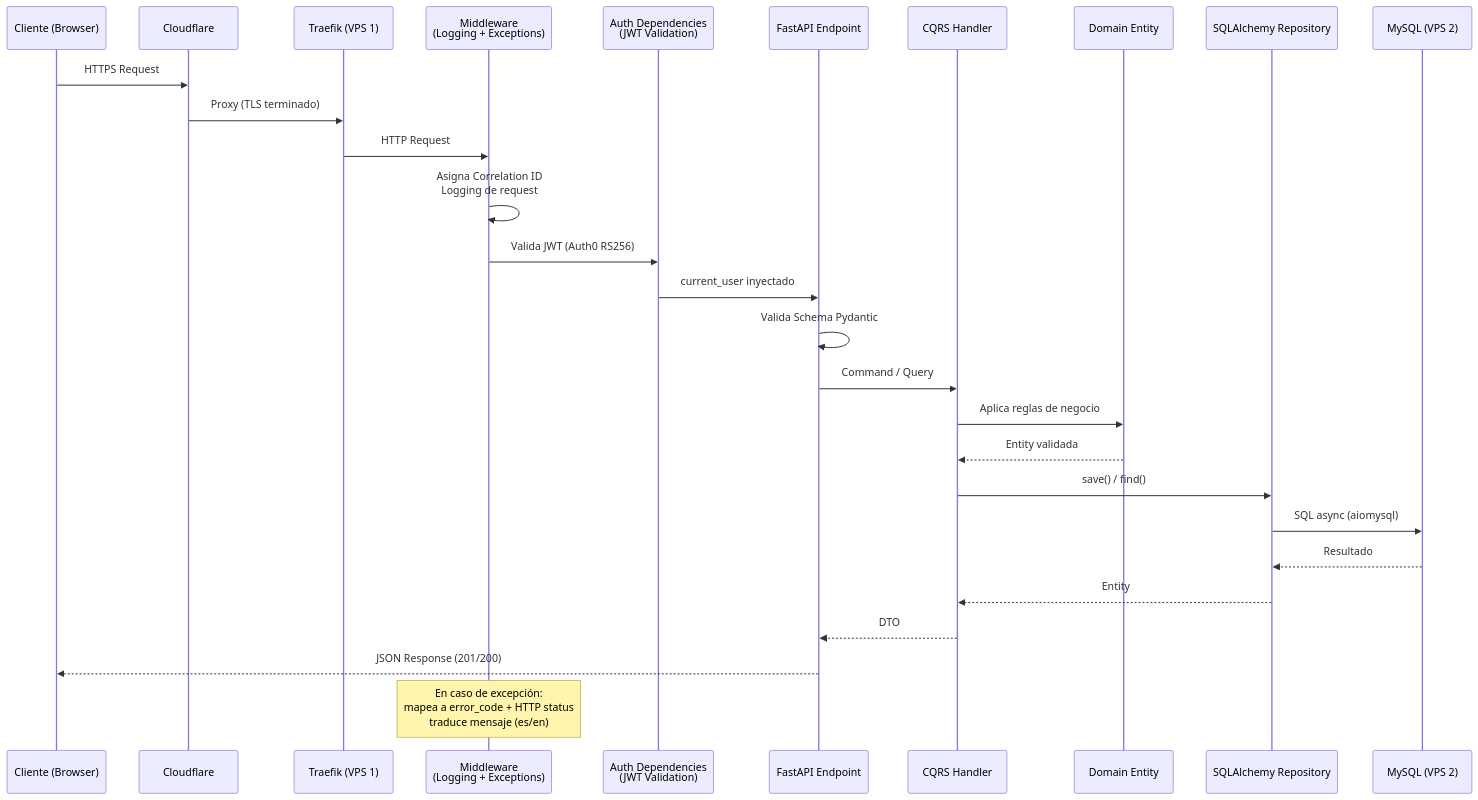
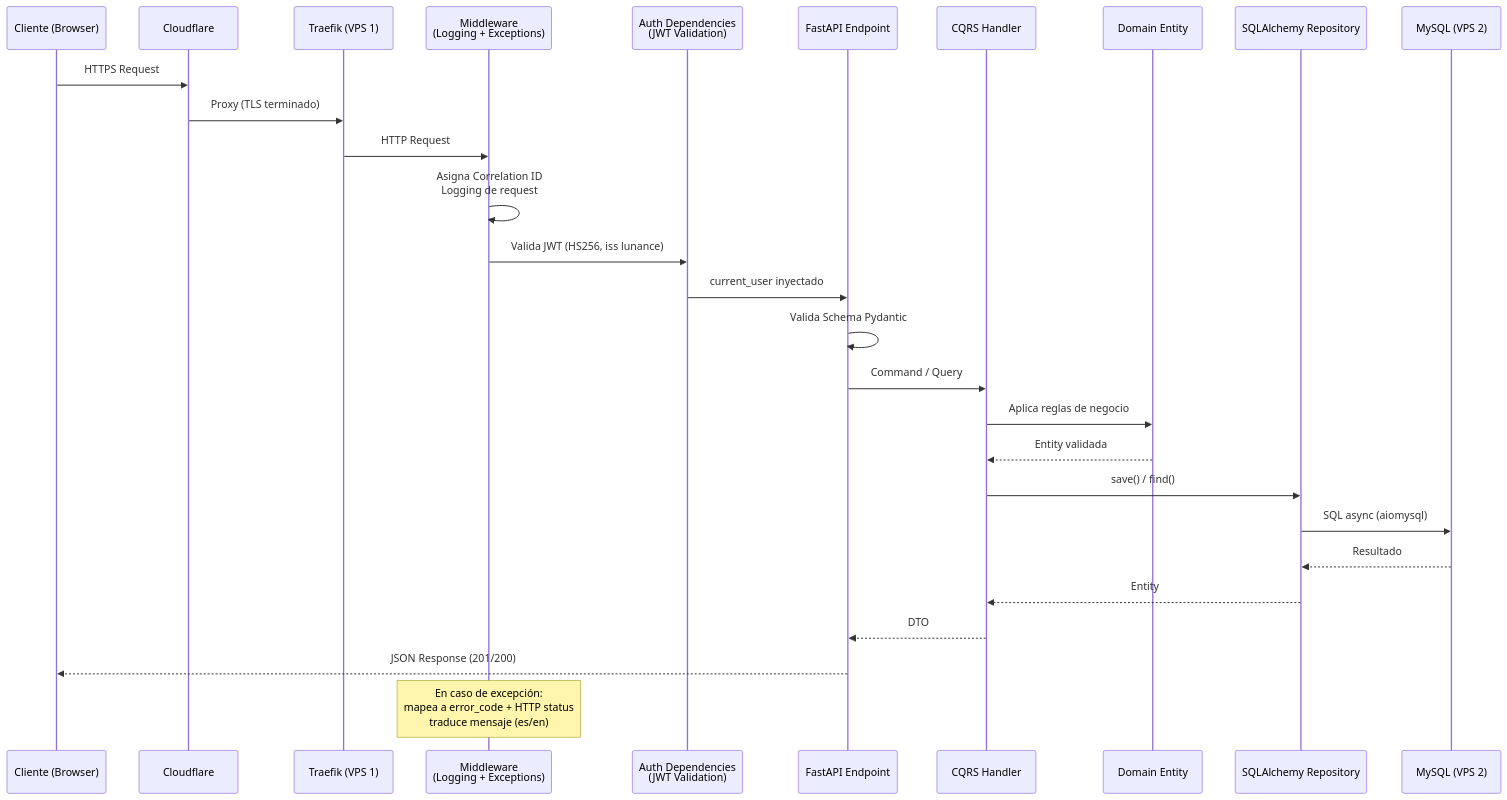
Before and after one commit to DiegoDG-01/LunanceIA: the eighth of 8 diagrams in docs/ARCHITECTURE.md, drawn with Mermaid. The commit also changed other lines of this file and 4 other files, not shown here.

First line of the commit message:
docs: document the in-house JWT auth that replaced Auth0

````diff
--- a/docs/ARCHITECTURE.md
+++ b/docs/ARCHITECTURE.md
@@ -1177,32 +1178,32 @@
 ```mermaid
 sequenceDiagram
     participant Client as Cliente (Browser)
     participant CF as Cloudflare
     participant Traefik as Traefik (VPS 1)
     participant MW as Middleware<br/>(Logging + Exceptions)
     participant Auth as Auth Dependencies<br/>(JWT Validation)
     participant Endpoint as FastAPI Endpoint
     participant Handler as CQRS Handler
     participant Domain as Domain Entity
     participant Repo as SQLAlchemy Repository
     participant DB as MySQL (VPS 2)
 
     Client->>CF: HTTPS Request
     CF->>Traefik: Proxy (TLS terminado)
     Traefik->>MW: HTTP Request
     MW->>MW: Asigna Correlation ID<br/>Logging de request
-    MW->>Auth: Valida JWT (Auth0 RS256)
+    MW->>Auth: Valida JWT (HS256, iss lunance)
     Auth->>Endpoint: current_user inyectado
     Endpoint->>Endpoint: Valida Schema Pydantic
     Endpoint->>Handler: Command / Query
     Handler->>Domain: Aplica reglas de negocio
     Domain-->>Handler: Entity validada
     Handler->>Repo: save() / find()
     Repo->>DB: SQL async (aiomysql)
     DB-->>Repo: Resultado
     Repo-->>Handler: Entity
     Handler-->>Endpoint: DTO
     Endpoint-->>Client: JSON Response (201/200)
 
     Note over MW: En caso de excepción:<br/>mapea a error_code + HTTP status<br/>traduce mensaje (es/en)
 ```
````
